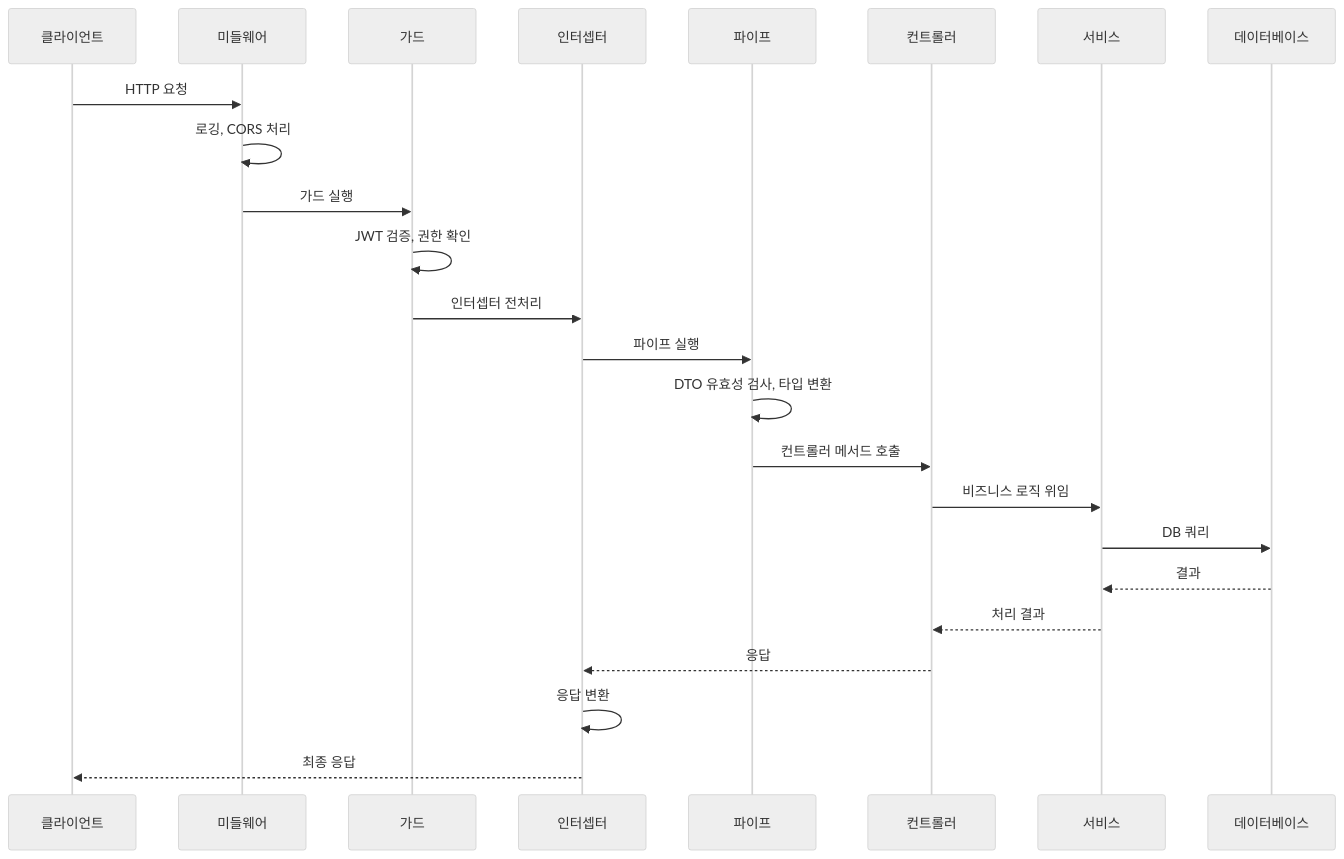
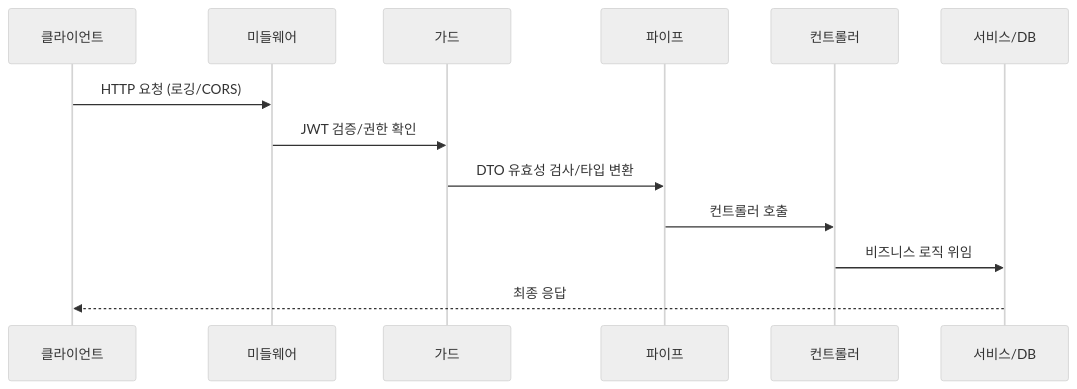
Before and after one commit to yjkim2015/yjkim2015.github.io: the third of 4 diagrams in _posts/frontend/2026-05-02-nestjs-fundamentals.md, drawn with Mermaid (neutral theme). The commit also changed other lines of this file and 215 other files, not shown here.

First line of the commit message:
신규 포스트 10개 추가 + Mermaid 전면 축소 + SystemDesign 시리즈 보강

````diff
--- a/_posts/frontend/2026-05-02-nestjs-fundamentals.md
+++ b/_posts/frontend/2026-05-02-nestjs-fundamentals.md
@@ -317,27 +287,15 @@
 ```mermaid
 sequenceDiagram
     participant C as 클라이언트
     participant MW as 미들웨어
     participant G as 가드
-    participant INT as 인터셉터
     participant PIPE as 파이프
     participant CTRL as 컨트롤러
-    participant SVC as 서비스
-    participant DB as 데이터베이스
-
-    C->>MW: HTTP 요청
-    MW->>MW: 로깅, CORS 처리
-    MW->>G: 가드 실행
-    G->>G: JWT 검증, 권한 확인
-    G->>INT: 인터셉터 전처리
-    INT->>PIPE: 파이프 실행
-    PIPE->>PIPE: DTO 유효성 검사, 타입 변환
-    PIPE->>CTRL: 컨트롤러 메서드 호출
+    participant SVC as 서비스/DB
+    C->>MW: HTTP 요청 (로깅/CORS)
+    MW->>G: JWT 검증/권한 확인
+    G->>PIPE: DTO 유효성 검사/타입 변환
+    PIPE->>CTRL: 컨트롤러 호출
     CTRL->>SVC: 비즈니스 로직 위임
-    SVC->>DB: DB 쿼리
-    DB-->>SVC: 결과
-    SVC-->>CTRL: 처리 결과
-    CTRL-->>INT: 응답
-    INT->>INT: 응답 변환
-    INT-->>C: 최종 응답
+    SVC-->>C: 최종 응답
 ```
````
